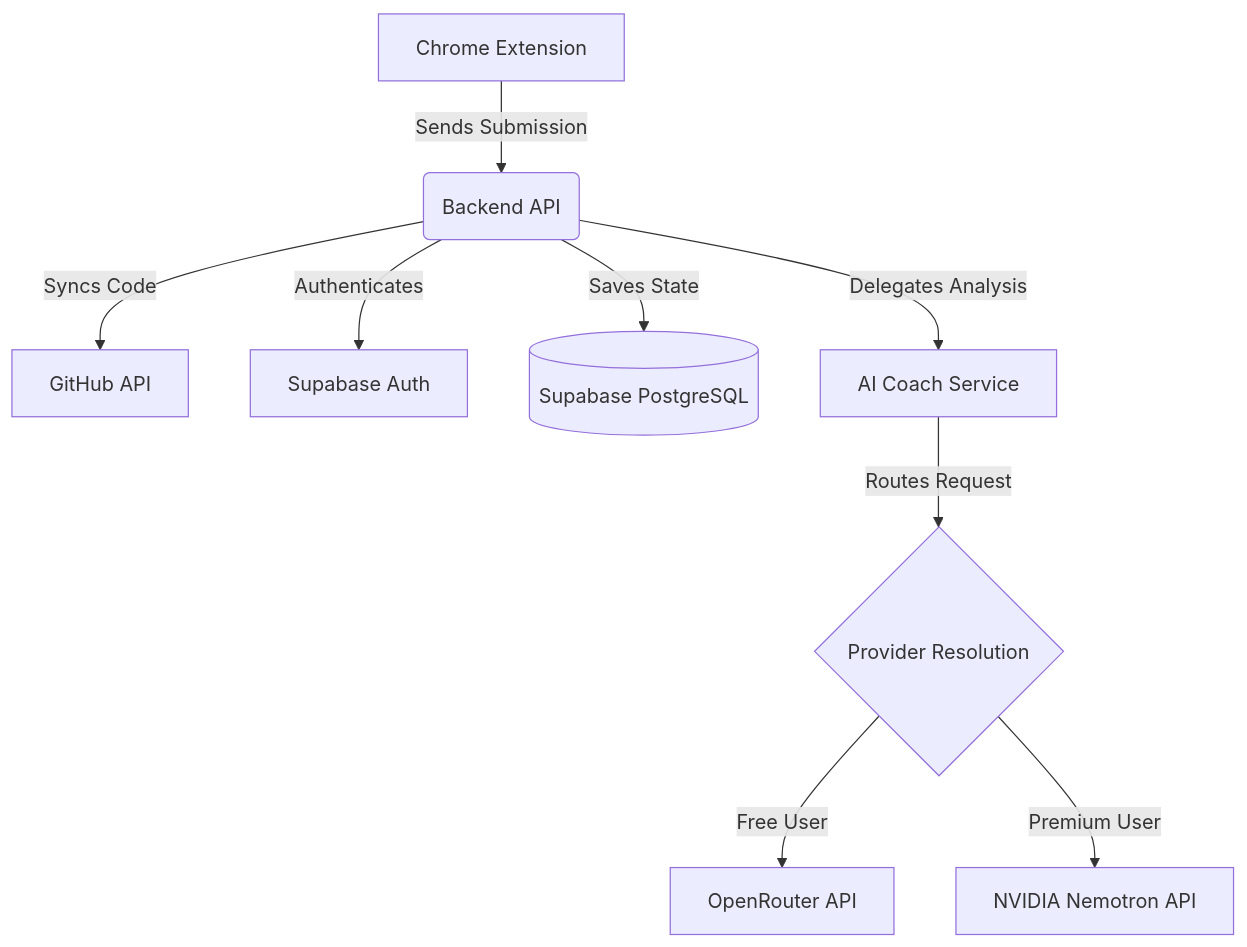
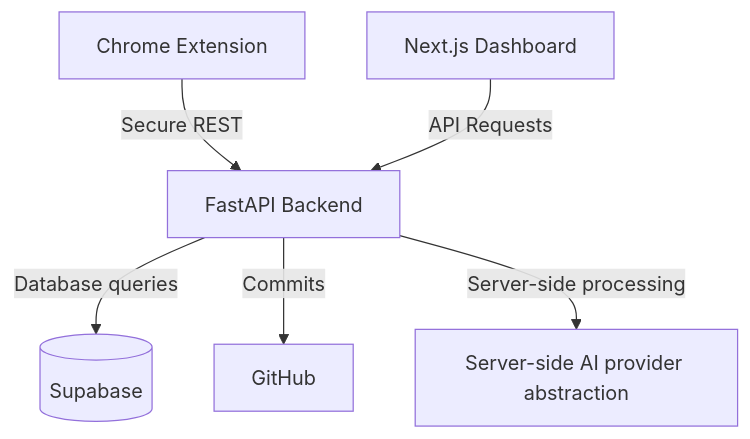
One commit to Soubhik-07-ops/LeetHub-AI changed the second of 2 diagrams in README.md. Above: the diagram before and after it, drawn with Mermaid. The commit also changed other lines of this file and 247 other files, not shown here.

````diff
--- a/README.md
+++ b/README.md
@@ -23,11 +277,8 @@
 ```mermaid
-graph TD
-    A[Chrome Extension] -->|Sends Submission| B(Backend API)
-    B -->|Syncs Code| C[GitHub API]
-    B -->|Authenticates| D[Supabase Auth]
-    B -->|Saves State| E[(Supabase PostgreSQL)]
-    B -->|Delegates Analysis| F[AI Coach Service]
-    F -->|Routes Request| G{Provider Resolution}
-    G -->|Free User| H[OpenRouter API]
-    G -->|Premium User| I[NVIDIA Nemotron API]
+flowchart TD
+    A[Chrome Extension] -->|Secure REST| B[FastAPI Backend]
+    B -->|Database queries| C[(Supabase)]
+    B -->|Commits| D[GitHub]
+    B -->|Server-side processing| E[Server-side AI provider abstraction]
+    F[Next.js Dashboard] -->|API Requests| B
 ```
````
